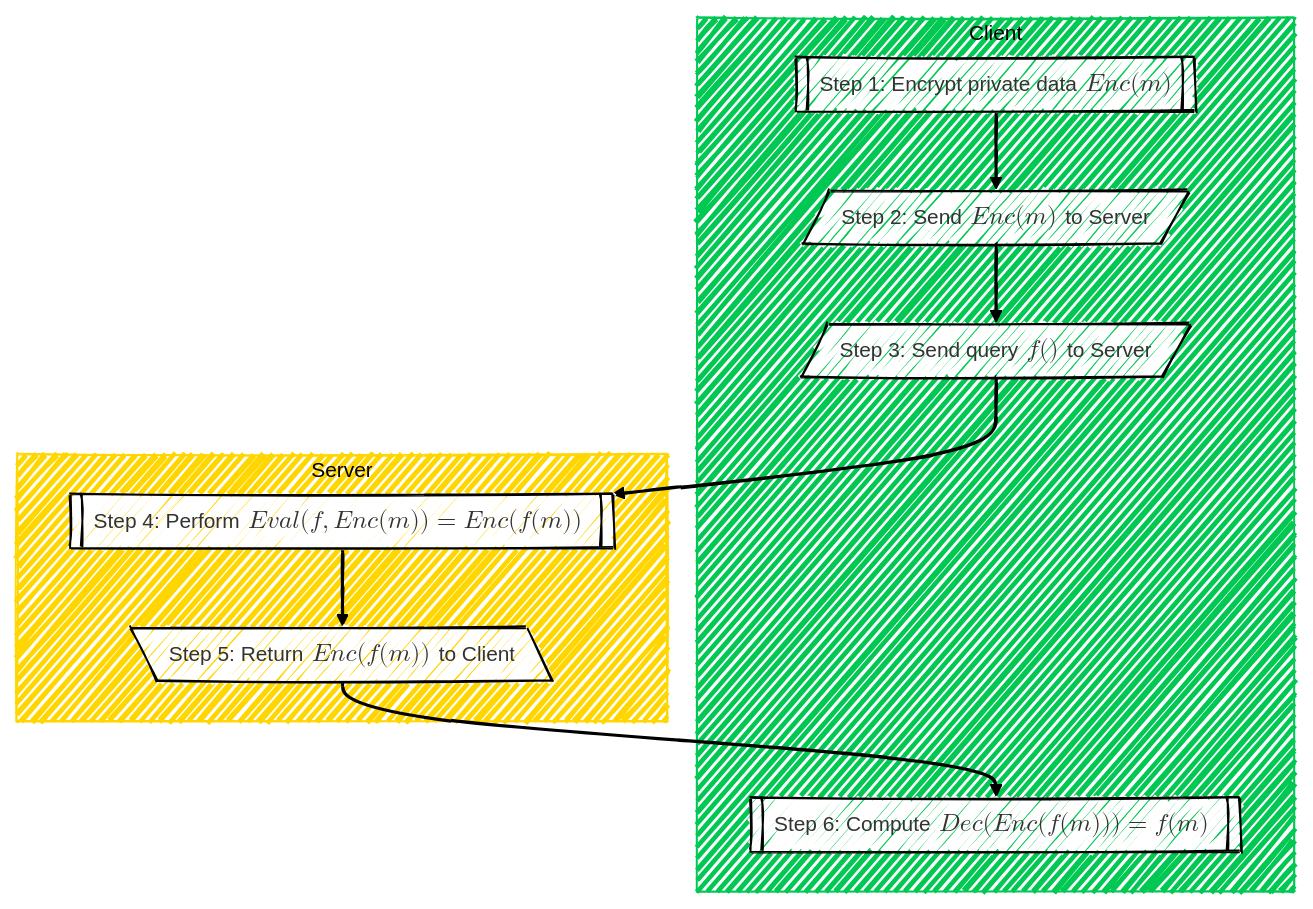
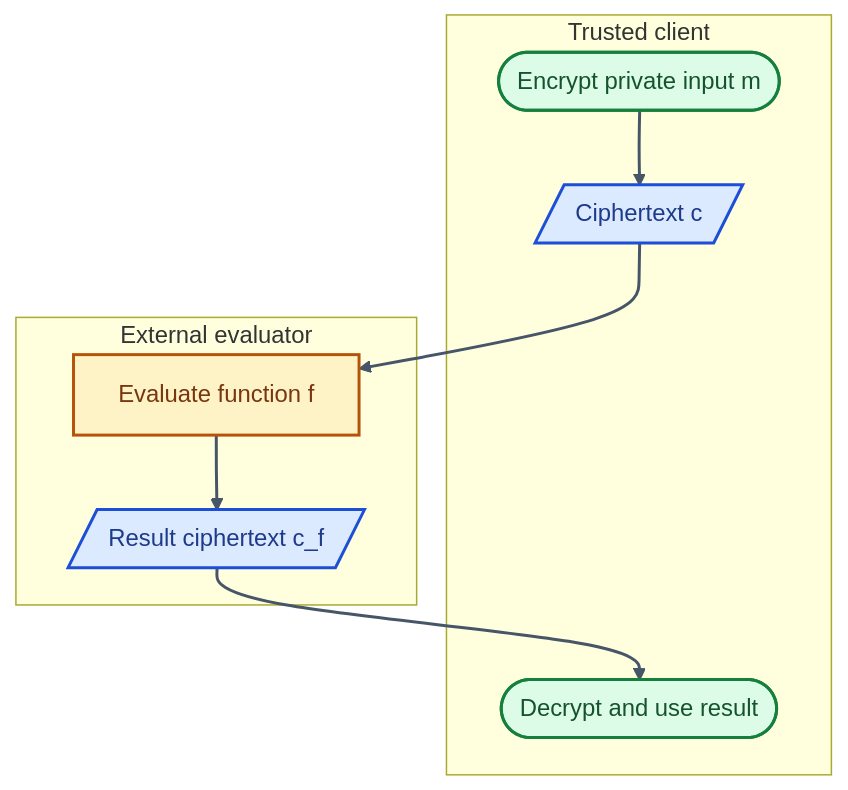
One commit to antomon/antomon.github.io changed the second of 6 diagrams in longforms/homomorphic-encryption-developers/index.qmd. Above: the diagram before and after it, drawn with Mermaid. The commit also changed other lines of this file and 53 other files, not shown here.

````diff
--- a/longforms/homomorphic-encryption-developers/index.qmd
+++ b/longforms/homomorphic-encryption-developers/index.qmd
@@ -144,37 +135,23 @@
 ```{mermaid}
-%%| label: fig-simple-he-diagram
-%%| fig-cap: A simple client-server HE scenario, where C is Client (Alice) and S is Server (Bob)
-%%| fig-alt: A simple client-server HE scenario, where C is Client (Alice) and S is Server (Bob)
+%%| label: fig-homomorphic-encryption-developers-he-workflow
+%%| fig-cap: Homomorphic evaluation keeps the input and result encrypted at the external evaluator
+%%| fig-alt: Flowchart in which a trusted client sends a blue ciphertext to an amber external evaluator and receives a blue ciphertext before local decryption
 %%| fig-align: center
-%%{init: {"theme": "neo", "look": "handDrawn"}}%%
 flowchart TD
-  subgraph Client["Client"]
-    C1[["Step 1: Encrypt private data $$\ Enc(m)$$"]]
-    C2[/"Step 2: Send $$\ Enc(m)\ $$ to Server"/]
-    C3[/"Step 3: Send query $$\ f()\ $$ to Server"/]
-    C4[["Step 6: Compute $$\ Dec(Enc(f(m)))=f(m)\ $$"]]
+  subgraph Client[Trusted client]
+    C1([Encrypt private input m]):::trusted
+    C2[/Ciphertext c/]:::ciphertext
+    C3([Decrypt and use result]):::trusted
   end
-  subgraph Server["Server"]
-    S1[["Step 4: Perform $$\ Eval(f, Enc(m))=Enc(f(m))\ $$"]]
-    S2[\"Step 5: Return $$\ Enc(f(m))\ $$ to Client"\]
+  subgraph Server[External evaluator]
+    S1[Evaluate function f]:::evaluator
+    S2[/Result ciphertext c_f/]:::ciphertext
   end
-  C1 --> C2
-  C2 --> C3
-  C3 --> S1
-  S1 --> S2
-  S2 --> C4
+  C1 --> C2 --> S1 --> S2 --> C3
 
-  style C1 stroke:#000000
-  style C2 stroke:#000000
-  style C3 stroke:#000000
-  style C4 stroke:#000000
-  style S1 stroke:#000000
-  style S2 stroke:#000000
-  style Client stroke:#00C853,fill:#00C853,color:#000000
-  style Server stroke:#FFD600,fill:#FFD600,color:#000000
-  linkStyle 0 stroke:#000000,fill:none
-  linkStyle 1 stroke:#000000,fill:none
-  linkStyle 2 stroke:#000000,fill:none
-  linkStyle 3 stroke:#000000,fill:none
-  linkStyle 4 stroke:#000000
+  classDef trusted fill:#DCFCE7,stroke:#15803D,color:#14532D,stroke-width:2px;
+  classDef evaluator fill:#FEF3C7,stroke:#B45309,color:#78350F,stroke-width:2px;
+  classDef ciphertext fill:#DBEAFE,stroke:#1D4ED8,color:#1E3A8A,stroke-width:2px;
+  classDef plaintext fill:#FEE2E2,stroke:#B91C1C,color:#7F1D1D,stroke-width:2px;
+  linkStyle default stroke:#475569,stroke-width:2px;
 ```
````
